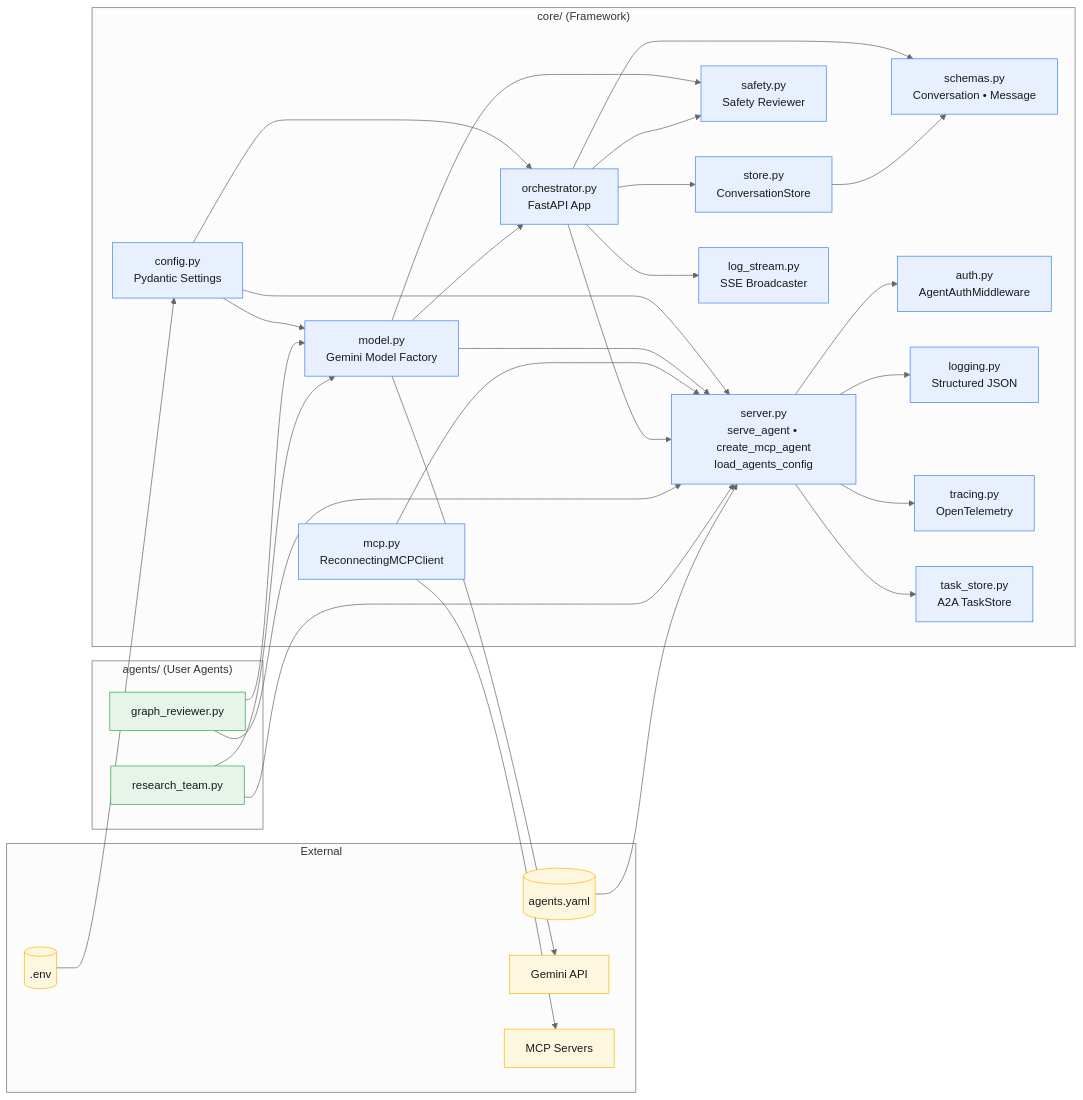
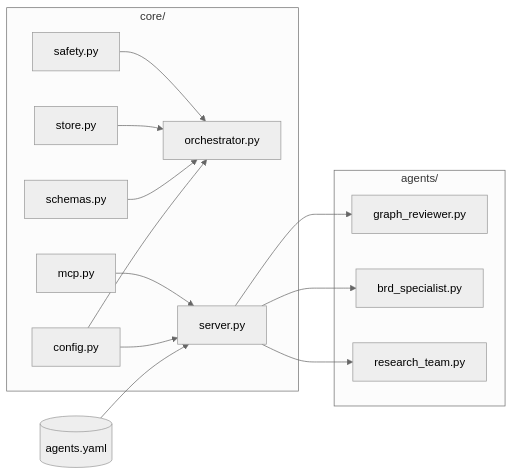
The second of 5 diagrams in docs/architecture.md (daniel-was-taken/a2a-strands-example), drawn with Mermaid (neutral theme) before and after one commit. The commit also changed other lines of this file and 42 other files, not shown here.

````diff
--- a/docs/architecture.md
+++ b/docs/architecture.md
@@ -65,66 +47,29 @@
 ```mermaid
 graph LR
-    subgraph core ["core/ (Framework)"]
-        config[config.py<br/>Pydantic Settings]
-        model[model.py<br/>Gemini Model Factory]
-        server[server.py<br/>serve_agent &bull; create_mcp_agent<br/>load_agents_config]
-        mcp[mcp.py<br/>ReconnectingMCPClient]
-        orch[orchestrator.py<br/>FastAPI App]
-        safety[safety.py<br/>Safety Reviewer]
-        schemas[schemas.py<br/>Conversation &bull; Message]
-        store[store.py<br/>ConversationStore]
-        auth[auth.py<br/>AgentAuthMiddleware]
-        logging_mod[logging.py<br/>Structured JSON]
-        tracing[tracing.py<br/>OpenTelemetry]
-        task_store[task_store.py<br/>A2A TaskStore]
-        log_stream[log_stream.py<br/>SSE Broadcaster]
+    subgraph Core ["core/"]
+        Orch[orchestrator.py]
+        Server[server.py]
+        Config[config.py]
+        Schemas[schemas.py]
+        Store[store.py]
+        Safety[safety.py]
+        MCPClient[mcp.py]
     end
 
-    subgraph agents ["agents/ (User Agents)"]
-        graph_rev[graph_reviewer.py]
-        research[research_team.py]
+    subgraph Agents ["agents/"]
+        Graph[graph_reviewer.py]
+        BRDAgent[brd_specialist.py]
+        Research[research_team.py]
     end
 
-    subgraph ext ["External"]
-        yaml[(agents.yaml)]
-        env[(.env)]
-        gemini[Gemini API]
-        mcp_srv[MCP Servers]
-    end
-
-    config --> model
-    config --> server
-    config --> orch
-    model --> server
-    model --> orch
-    model --> safety
-    mcp --> server
-    server --> auth
-    server --> logging_mod
-    server --> tracing
-    server --> task_store
-    orch --> safety
-    orch --> store
-    orch --> schemas
-    orch --> log_stream
-    orch --> server
-    store --> schemas
-
-    graph_rev --> model
-    graph_rev --> server
-    research --> model
-    research --> server
-
-    yaml --> server
-    env --> config
-    model --> gemini
-    mcp --> mcp_srv
-
-    classDef fw fill:#e8f0fe,stroke:#4285f4,color:#1a1a1a
-    classDef usr fill:#e6f4ea,stroke:#34a853,color:#1a1a1a
-    classDef ext_cls fill:#fef7e0,stroke:#fbbc04,color:#1a1a1a
-
-    class config,model,server,mcp,orch,safety,schemas,store,auth,logging_mod,tracing,task_store,log_stream fw
-    class graph_rev,research usr
-    class yaml,env,gemini,mcp_srv ext_cls
+    YAML[(agents.yaml)] --> Server
+    Config --> Orch
+    Config --> Server
+    Schemas --> Orch
+    Store --> Orch
+    Safety --> Orch
+    MCPClient --> Server
+    Server --> Graph
+    Server --> BRDAgent
+    Server --> Research
 ```
````
